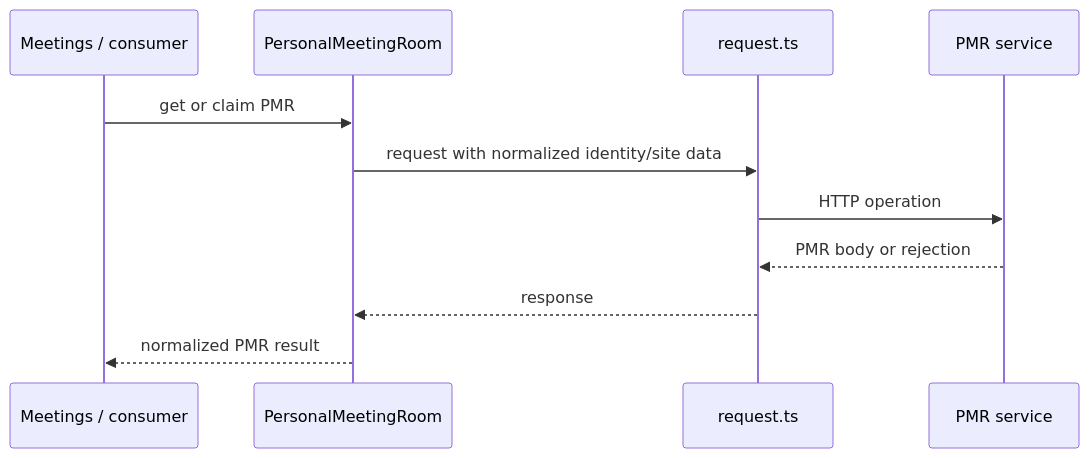
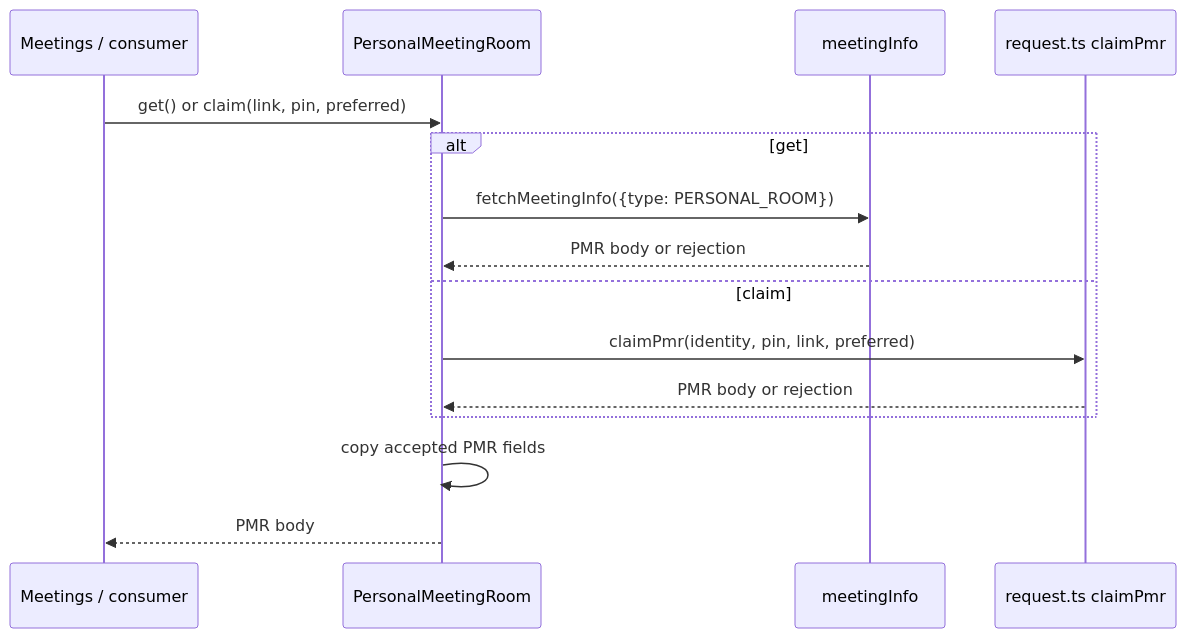
Before and after one commit to webex/webex-js-sdk: the second of 4 diagrams in packages/@webex/plugin-meetings/src/personal-meeting-room/ai-docs/personal-meeting-room-spec.md, drawn with Mermaid. The commit also changed other lines of this file and 24 other files, not shown here.

````diff
--- a/packages/@webex/plugin-meetings/src/personal-meeting-room/ai-docs/personal-meeting-room-spec.md
+++ b/packages/@webex/plugin-meetings/src/personal-meeting-room/ai-docs/personal-meeting-room-spec.md
@@ -120,13 +123,17 @@
 ```mermaid
 sequenceDiagram
   participant C as Meetings / consumer
   participant P as PersonalMeetingRoom
-  participant R as request.ts
-  participant S as PMR service
-  C->>P: get or claim PMR
-  P->>R: request with normalized identity/site data
-  R->>S: HTTP operation
-  S-->>R: PMR body or rejection
-  R-->>P: response
-  P-->>C: normalized PMR result
+  participant I as meetingInfo
+  participant R as request.ts claimPmr
+  C->>P: get() or claim(link, pin, preferred)
+  alt get
+    P->>I: fetchMeetingInfo({type: PERSONAL_ROOM})
+    I-->>P: PMR body or rejection
+  else claim
+    P->>R: claimPmr(identity, pin, link, preferred)
+    R-->>P: PMR body or rejection
+  end
+  P->>P: copy accepted PMR fields
+  P-->>C: PMR body
 ```
````
